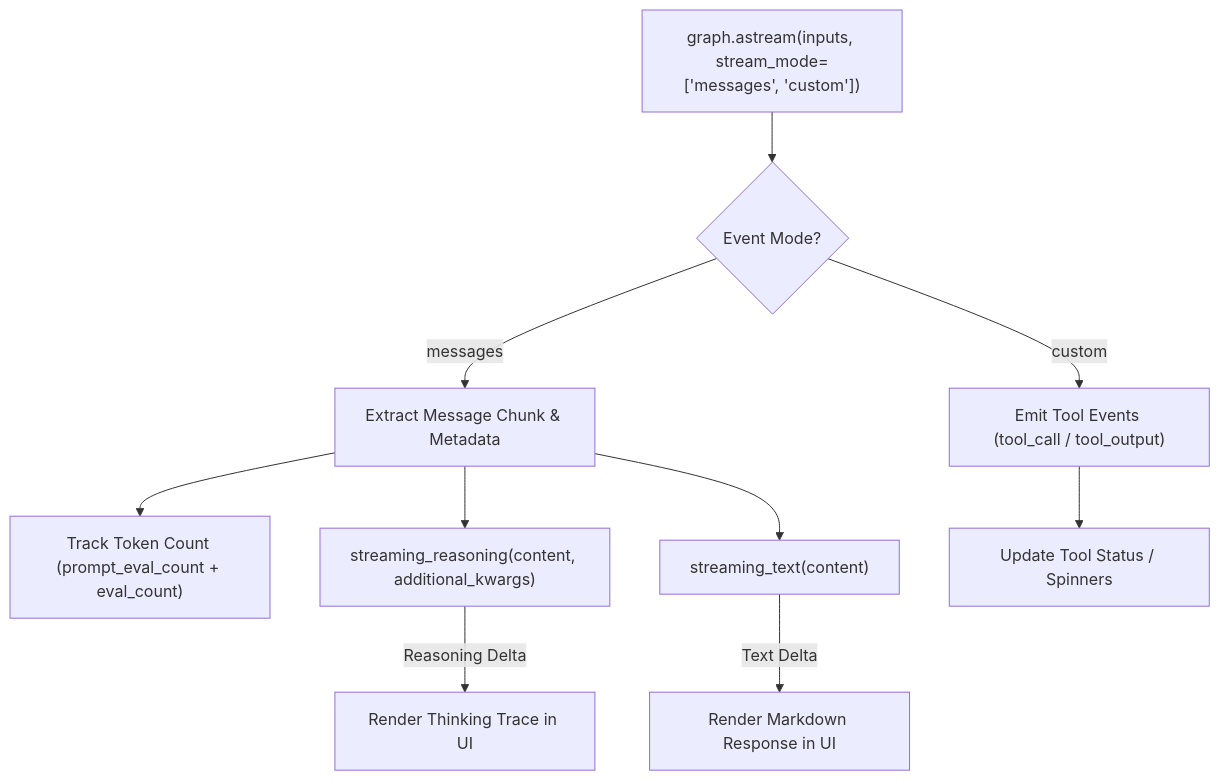
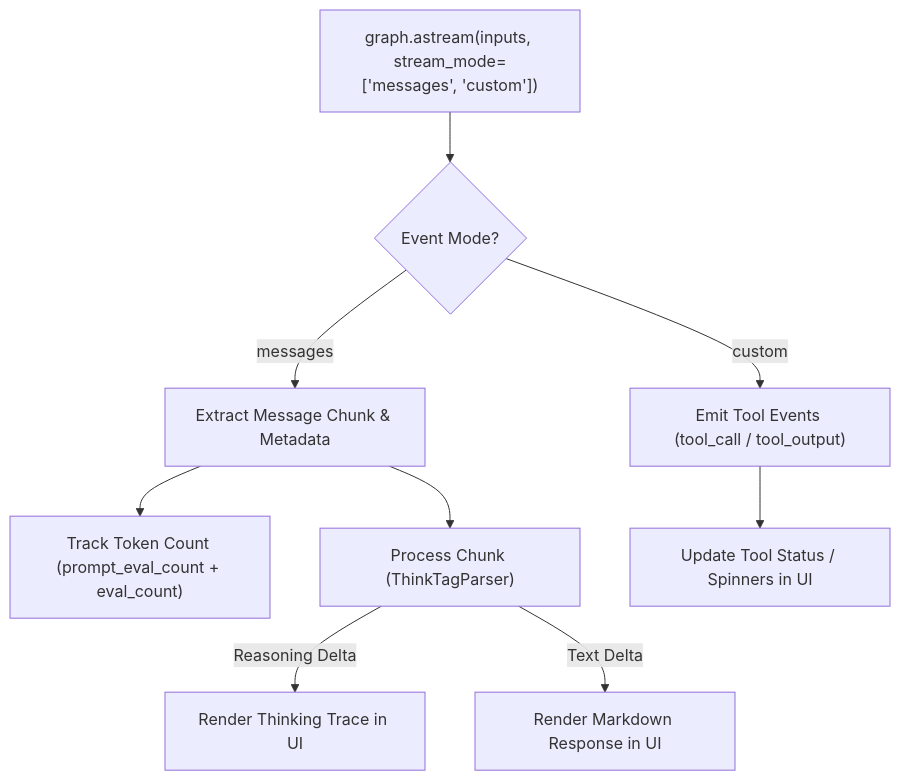
Before and after one commit to arrase/ollama-agent: the fifth of 9 diagrams in docs/architecture.md, drawn with Mermaid. The commit also changed other lines of this file and 4 other files, not shown here.

````diff
--- a/docs/architecture.md
+++ b/docs/architecture.md
@@ -165,16 +178,15 @@
 ```mermaid
 flowchart TD
     A["graph.astream(inputs, stream_mode=['messages', 'custom'])"] --> B{"Event Mode?"}
     
     B -- "custom" --> C["Emit Tool Events (tool_call / tool_output)"]
     B -- "messages" --> D["Extract Message Chunk & Metadata"]
     
     D --> E["Track Token Count (prompt_eval_count + eval_count)"]
-    D --> F["streaming_reasoning(content, additional_kwargs)"]
-    D --> G["streaming_text(content)"]
+    D --> F["Process Chunk (ThinkTagParser)"]
     
-    F -- "Reasoning Delta" --> H["Render Thinking Trace in UI"]
-    G -- "Text Delta" --> I["Render Markdown Response in UI"]
+    F -- "Reasoning Delta" --> G["Render Thinking Trace in UI"]
+    F -- "Text Delta" --> H["Render Markdown Response in UI"]
     
-    C --> J["Update Tool Status / Spinners"]
+    C --> I["Update Tool Status / Spinners in UI"]
 ```
````
